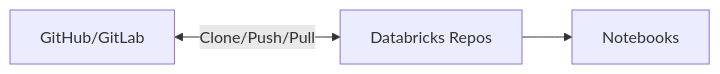
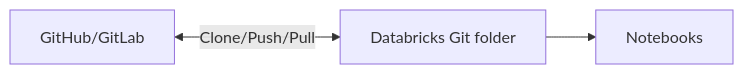
Before and after one commit to kengio/databricks-certification-study-guide: the second of 2 diagrams in certifications/ml-associate/01-databricks-machine-learning/01-databricks-ml-workspace.md, drawn with Mermaid. The commit also changed other lines of this file and 50 other files, not shown here.

````diff
--- a/certifications/ml-associate/01-databricks-machine-learning/01-databricks-ml-workspace.md
+++ b/certifications/ml-associate/01-databricks-machine-learning/01-databricks-ml-workspace.md
@@ -147,9 +156,9 @@
 ```mermaid
 flowchart LR
     GitHub["GitHub/GitLab"]
-    Repos["Databricks Repos"]
+    Repos["Databricks Git folder"]
     Notebooks["Notebooks"]
 
     GitHub <-->|Clone/Push/Pull| Repos
     Repos --> Notebooks
 ```
````
